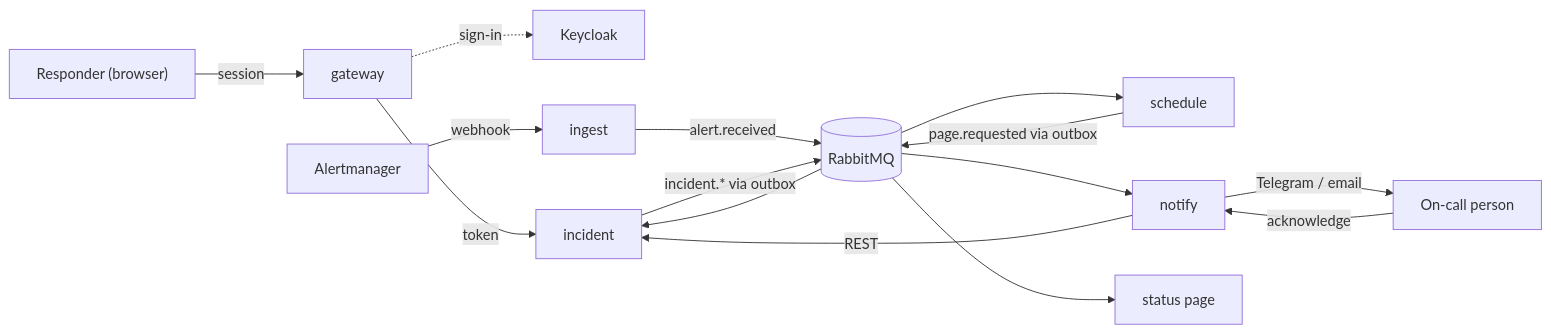
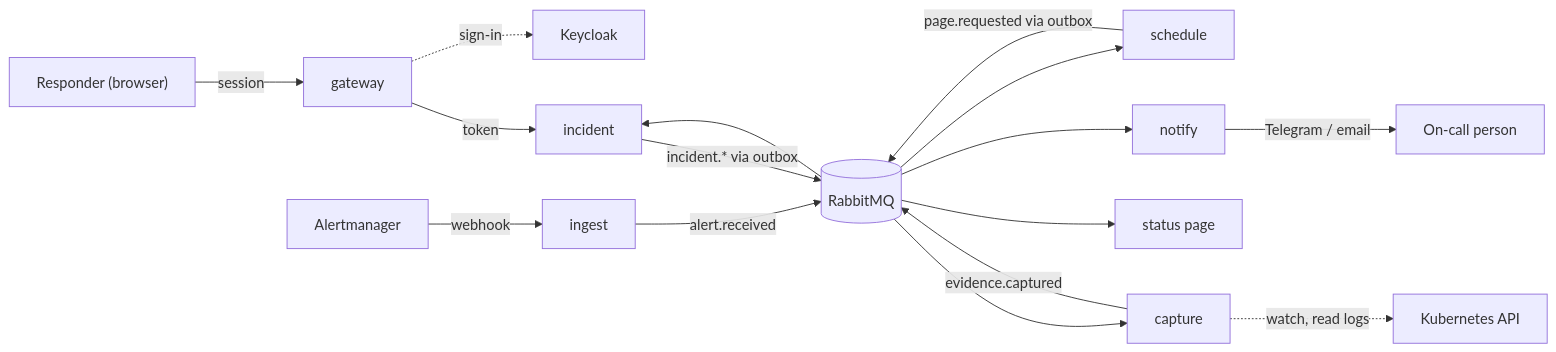
One commit to Yohan-Senadheera/pagerewind changed the diagram in README.md. Above: the diagram before and after it, drawn with Mermaid. The commit also changed other lines of this file and 23 other files, not shown here.

````diff
--- a/README.md
+++ b/README.md
@@ -71,17 +61,18 @@
 ```mermaid
 flowchart LR
     Browser["Responder (browser)"] -->|session| gateway
     gateway -.->|sign-in| KC["Keycloak"]
     gateway -->|token| incident
     AM["Alertmanager"] -->|webhook| ingest
     ingest -->|alert.received| MQ[("RabbitMQ")]
     MQ --> incident
     incident -->|incident.* via outbox| MQ
     MQ --> schedule
     schedule -->|page.requested via outbox| MQ
     MQ --> notify
     notify -->|Telegram / email| Person["On-call person"]
-    Person -->|acknowledge| notify
-    notify -->|REST| incident
     MQ --> status["status page"]
+    MQ --> capture
+    capture -.->|watch, read logs| K8s["Kubernetes API"]
+    capture -->|evidence.captured| MQ
 ```
````
